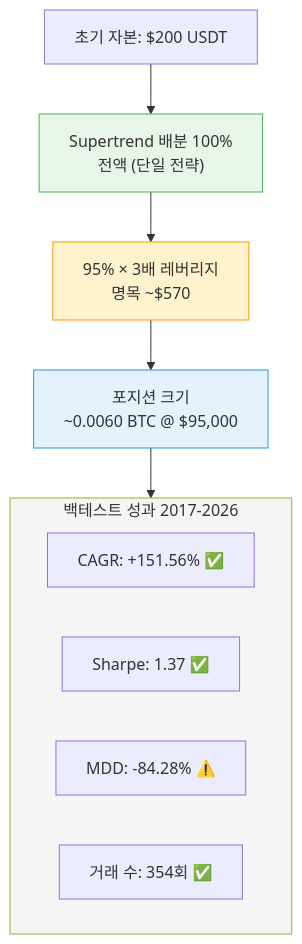
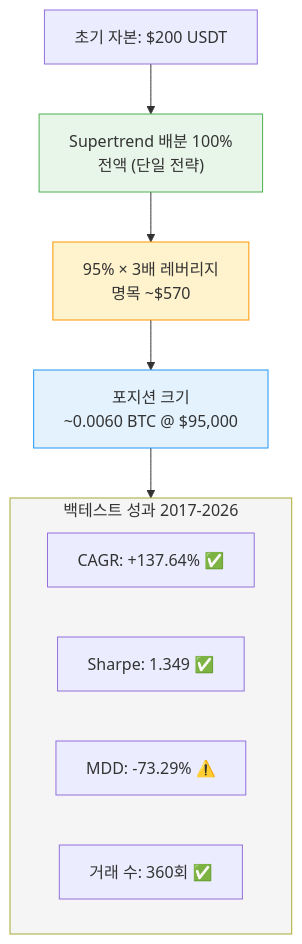
The first of 2 diagrams in docs/policies/leverage-limits.md (Justant-source/Bit-Mania), drawn with Mermaid before and after one commit. The commit also changed other lines of this file and 34 other files, not shown here.

````diff
--- a/docs/policies/leverage-limits.md
+++ b/docs/policies/leverage-limits.md
@@ -33,20 +33,20 @@
 ```mermaid
 graph TD
     A["초기 자본: $200 USDT"] --> B["Supertrend 배분 100%<br>전액 (단일 전략)"]
     B --> C["95% × 3배 레버리지<br>명목 ~$570"]
     C --> D["포지션 크기<br>~0.0060 BTC @ $95,000"]
     
     subgraph Performance["백테스트 성과 2017-2026"]
-        E["CAGR: +151.56% ✅"]
-        F["Sharpe: 1.37 ✅"]
-        G["MDD: -84.28% ⚠️"]
-        H["거래 수: 354회 ✅"]
+        E["CAGR: +137.64% ✅"]
+        F["Sharpe: 1.349 ✅"]
+        G["MDD: -73.29% ⚠️"]
+        H["거래 수: 360회 ✅"]
     end
     
     D --> Performance
     
     style B fill:#e8f5e9,stroke:#4caf50
     style C fill:#fff3cd,stroke:#ff9800
     style D fill:#e3f2fd,stroke:#2196f3
     style Performance fill:#f5f5f5
 ```
````
